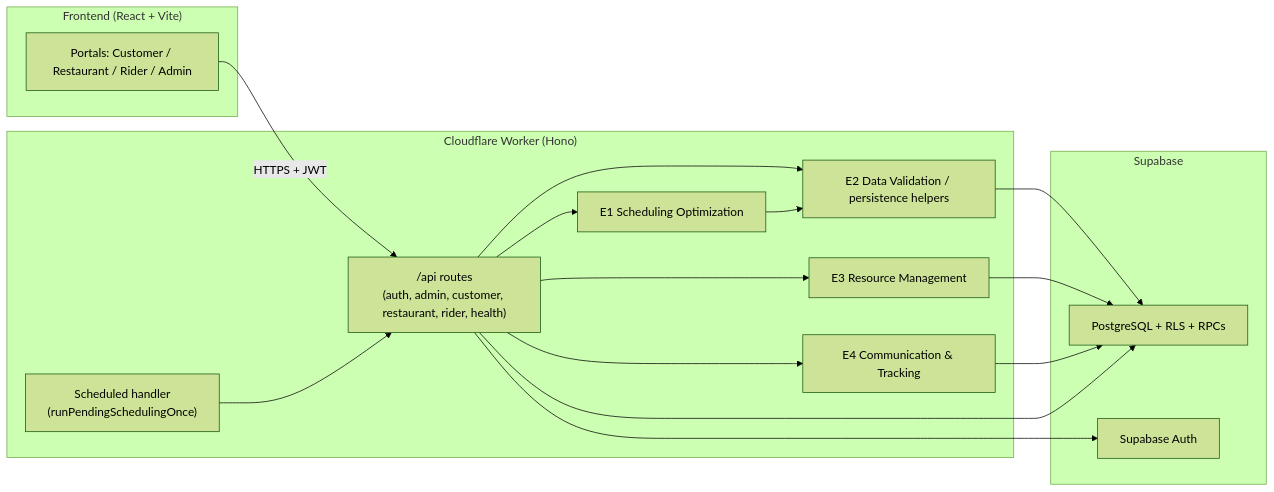
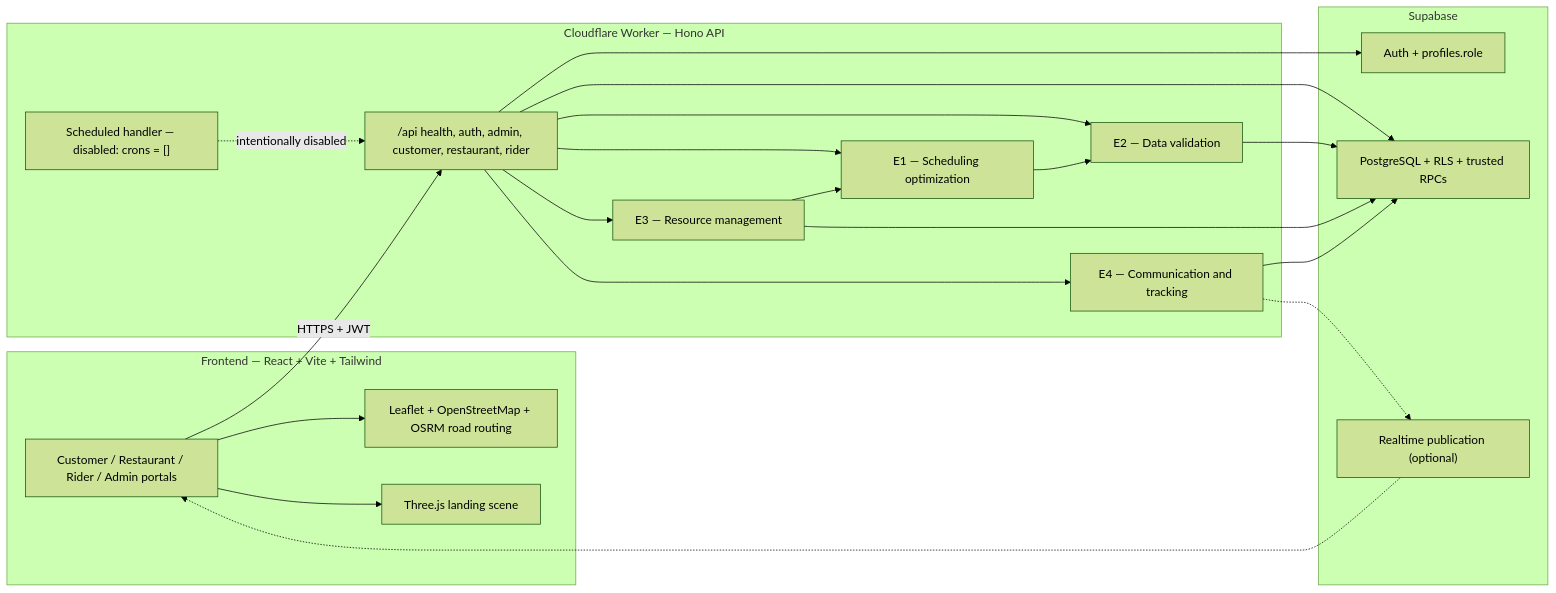
One commit to Nikhil306-ctrl/RouteSync changed the first of 4 diagrams in README.md. Above: the diagram before and after it, drawn with Mermaid (forest theme). The commit also changed other lines of this file and 24 other files, not shown here.

````diff
--- a/README.md
+++ b/README.md
@@ -64,33 +117,41 @@
 ```mermaid
 flowchart LR
-  subgraph Client["Frontend (React + Vite)"]
-    UI["Portals: Customer / Restaurant / Rider / Admin"]
+  subgraph Client["Frontend — React + Vite + Tailwind"]
+    UI["Customer / Restaurant / Rider / Admin portals"]
+    MAP["Leaflet + OpenStreetMap + OSRM road routing"]
+    LAND["Three.js landing scene"]
   end
 
-  subgraph Edge["Cloudflare Worker (Hono)"]
-    API["/api routes\n(auth, admin, customer, restaurant, rider, health)"]
-    Cron["Scheduled handler\n(runPendingSchedulingOnce)"]
-    E1["E1 Scheduling Optimization"]
-    E2["E2 Data Validation / persistence helpers"]
-    E3["E3 Resource Management"]
-    E4["E4 Communication & Tracking"]
+  subgraph Edge["Cloudflare Worker — Hono API"]
+    API["/api health, auth, admin, customer, restaurant, rider"]
+    E1["E1 — Scheduling optimization"]
+    E2["E2 — Data validation"]
+    E3["E3 — Resource management"]
+    E4["E4 — Communication and tracking"]
+    CRON["Scheduled handler — disabled: crons = []"]
   end
 
   subgraph Data["Supabase"]
-    PG["PostgreSQL + RLS + RPCs"]
-    Auth["Supabase Auth"]
+    AUTH["Auth + profiles.role"]
+    PG["PostgreSQL + RLS + trusted RPCs"]
+    RT["Realtime publication (optional)"]
   end
 
   UI -->|HTTPS + JWT| API
+  UI --> MAP
+  UI --> LAND
+  API --> AUTH
+  API --> PG
+  API --> E1
   API --> E2
   API --> E3
-  API --> E1
   API --> E4
-  Cron --> API
+  CRON -.->|intentionally disabled| API
   E1 --> E2
+  E3 --> E1
   E2 --> PG
   E3 --> PG
   E4 --> PG
-  API --> Auth
-  API --> PG
+  E4 -.-> RT
+  RT -.-> UI
 ```
````
